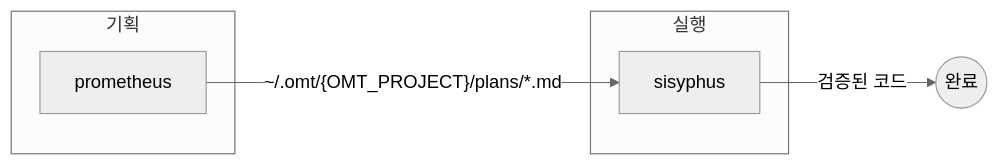
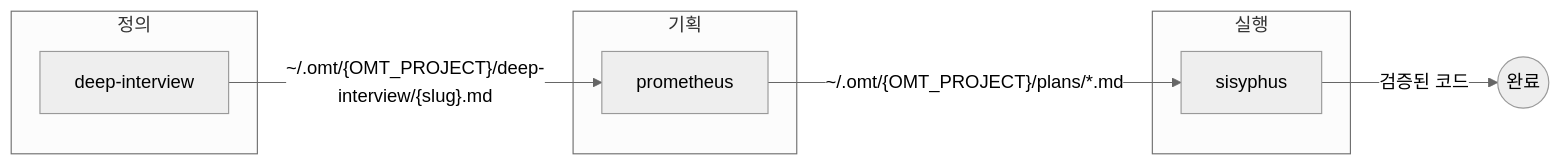
Before and after one commit to toongri/oh-my-toong-playground: the first of 5 diagrams in README.md, drawn with Mermaid (neutral theme). The commit also changed other lines of this file and 1 other file, not shown here.

First line of the commit message:
docs: 파이프라인 정의 단계에 deep-interview 반영

````diff
--- a/README.md
+++ b/README.md
@@ -67,12 +68,16 @@
 ```mermaid
 flowchart LR
+    subgraph 정의
+        deep["deep-interview"]
+    end
     subgraph 기획
         prometheus["prometheus"]
     end
     subgraph 실행
         sisyphus["sisyphus"]
     end
 
+    deep -->|"~/.omt/{OMT_PROJECT}/deep-interview/{slug}.md"| prometheus
     prometheus -->|"~/.omt/{OMT_PROJECT}/plans/*.md"| sisyphus
     sisyphus -->|"검증된 코드"| Done((완료))
 ```
````
